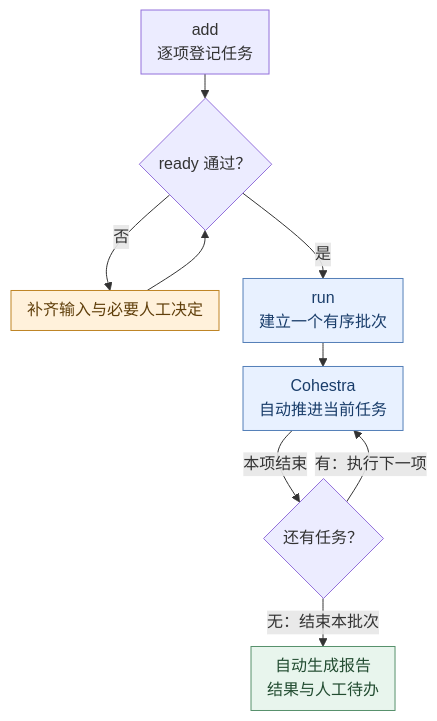
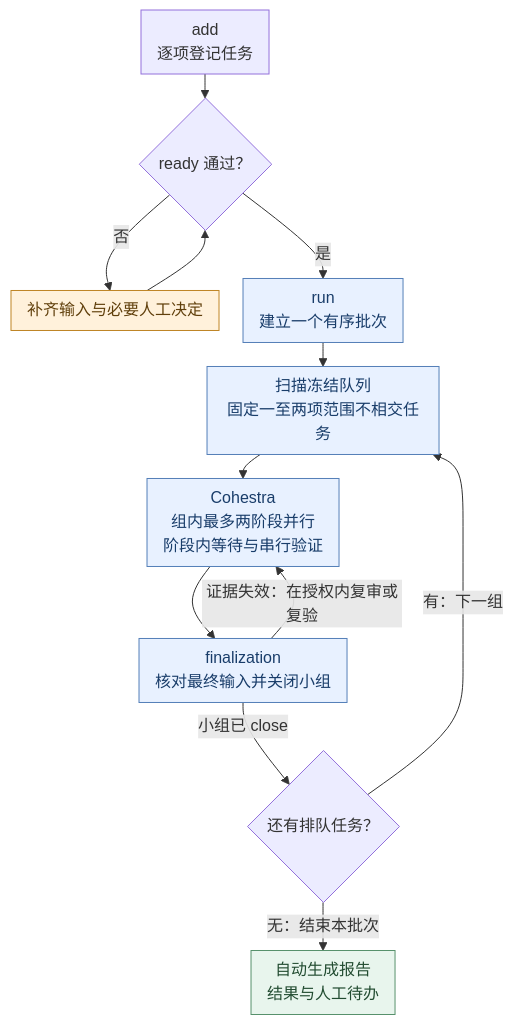
Before and after one commit to yuzio-ai/skills: the second of 4 diagrams in README.zh-CN.md, drawn with Mermaid. The commit also changed other lines of this file and 44 other files, not shown here.

````diff
--- a/README.zh-CN.md
+++ b/README.zh-CN.md
@@ -196,24 +196,27 @@
 ```mermaid
 ---
 config:
   flowchart:
     rankSpacing: 24
     nodeSpacing: 24
     padding: 8
 ---
 flowchart TB
     A["add<br/>逐项登记任务"] --> G{"ready 通过？"}
     G -->|"否"| H["补齐输入与必要人工决定"]
     H --> G
     G -->|"是"| R["run<br/>建立一个有序批次"]
-    R --> E["Cohestra<br/>自动推进当前任务"]
-    E -->|"本项结束"| M{"还有任务？"}
-    M -->|"有：执行下一项"| E
+    R --> S["扫描冻结队列<br/>固定一至两项范围不相交任务"]
+    S --> E["Cohestra<br/>组内最多两阶段并行<br/>阶段内等待与串行验证"]
+    E --> F["finalization<br/>核对最终输入并关闭小组"]
+    F -->|"证据失效：在授权内复审或复验"| E
+    F -->|"小组已 close"| M{"还有排队任务？"}
+    M -->|"有：下一组"| S
     M -->|"无：结束本批次"| O["自动生成报告<br/>结果与人工待办"]
     class H human
-    class R,E automatic
+    class R,S,E,F automatic
     class O result
     classDef human fill:#fff1db,stroke:#bf8424,color:#603f0b
     classDef automatic fill:#e8f1ff,stroke:#547fb8,color:#193d6a
     classDef result fill:#e8f5ed,stroke:#57916c,color:#224c31
 ```
````
